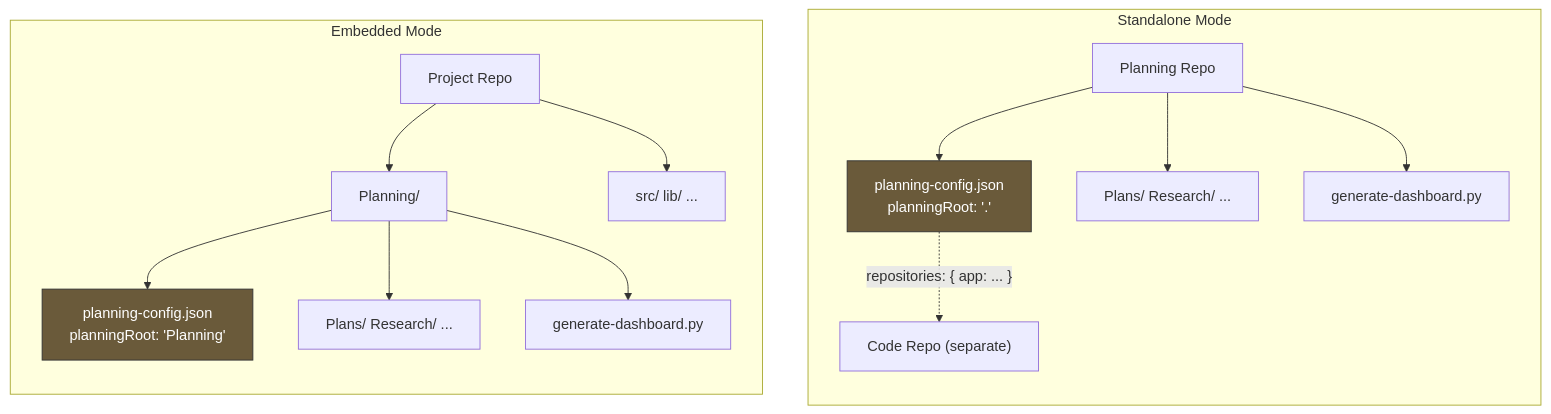
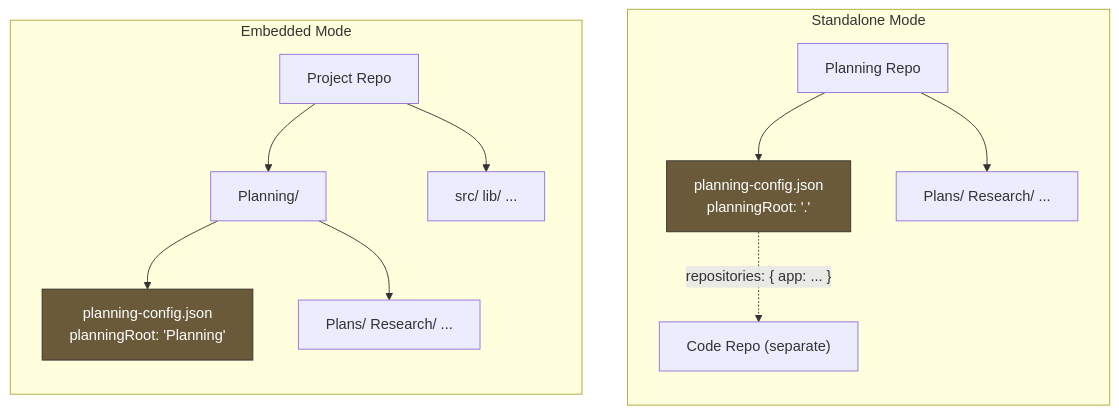
One commit to danweinerdev/claude-project-planner changed the fifth of 5 diagrams in README.md. Above: the diagram before and after it, drawn with Mermaid. The commit also changed other lines of this file and 29 other files, not shown here.

````diff
--- a/README.md
+++ b/README.md
@@ -264,26 +267,24 @@
 ```mermaid
 graph TB
     subgraph standalone ["Standalone Mode"]
         direction TB
         PR["Planning Repo"]
         PR --> PC1["planning-config.json<br/>planningRoot: '.'"]
         PR --> Plans1["Plans/ Research/ ..."]
-        PR --> Gen1["generate-dashboard.py"]
 
         CR["Code Repo (separate)"]
         PC1 -. "repositories: { app: ... }" .-> CR
     end
 
     subgraph embedded ["Embedded Mode"]
         direction TB
         ER["Project Repo"]
         ER --> PD["Planning/"]
         PD --> PC2["planning-config.json<br/>planningRoot: 'Planning'"]
         PD --> Plans2["Plans/ Research/ ..."]
-        PD --> Gen2["generate-dashboard.py"]
         ER --> Src["src/ lib/ ..."]
     end
 
     classDef config fill:#6a5a3a,stroke:#333,color:#fff
     class PC1,PC2 config
 ```
````
